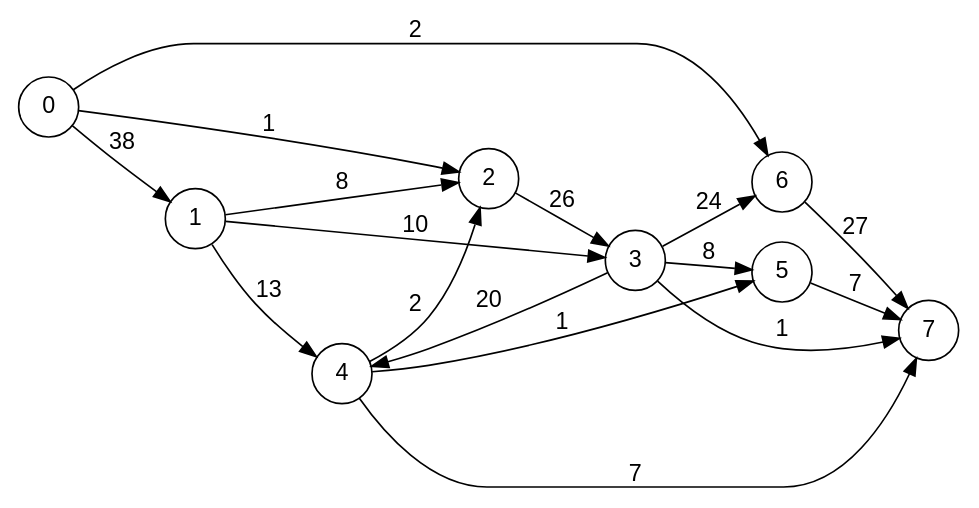
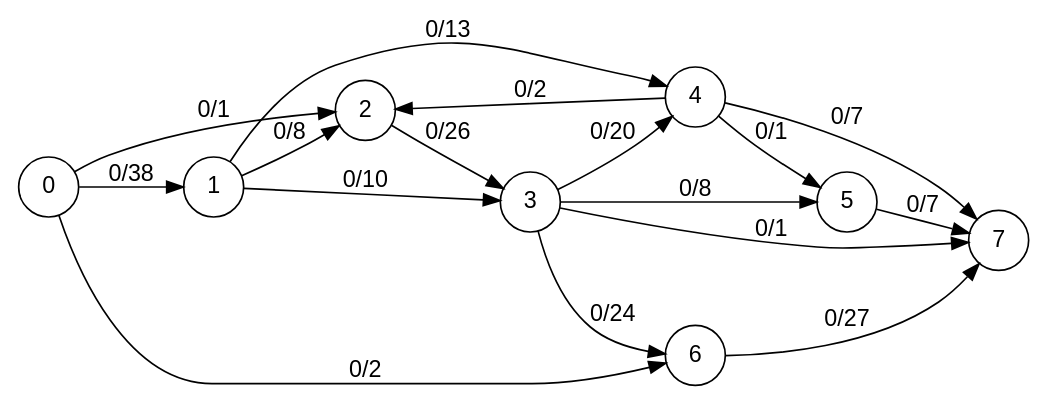
One commit to mateobwe/ocaml-maxflow-project changed the diagram in graph.dot. Above: the diagram before and after it, drawn with Graphviz. The commit also changed 7 other files, not shown here.

```diff
--- a/graph.dot
+++ b/graph.dot
@@ -1,23 +1,23 @@
 digraph finite_state_machine {
   fontname="Helvetica,Arial,sans-serif"
   node [fontname="Helvetica,Arial,sans-serif"]
   edge [fontname="Helvetica,Arial,sans-serif"]
   rankdir=LR;
   node [shape = circle];
-  4 -> 2 [ label = "2" ];
-  4 -> 7 [ label = "7" ];
-  4 -> 5 [ label = "1" ];
-  0 -> 6 [ label = "2" ];
-  0 -> 1 [ label = "38" ];
-  0 -> 2 [ label = "1" ];
-  3 -> 6 [ label = "24" ];
-  3 -> 7 [ label = "1" ];
-  3 -> 4 [ label = "20" ];
-  3 -> 5 [ label = "8" ];
-  6 -> 7 [ label = "27" ];
-  5 -> 7 [ label = "7" ];
-  1 -> 2 [ label = "8" ];
-  1 -> 3 [ label = "10" ];
-  1 -> 4 [ label = "13" ];
-  2 -> 3 [ label = "26" ];
+  2 -> 3 [ label = "0/26" ];
+  1 -> 4 [ label = "0/13" ];
+  1 -> 3 [ label = "0/10" ];
+  1 -> 2 [ label = "0/8" ];
+  5 -> 7 [ label = "0/7" ];
+  6 -> 7 [ label = "0/27" ];
+  3 -> 5 [ label = "0/8" ];
+  3 -> 4 [ label = "0/20" ];
+  3 -> 7 [ label = "0/1" ];
+  3 -> 6 [ label = "0/24" ];
+  0 -> 2 [ label = "0/1" ];
+  0 -> 1 [ label = "0/38" ];
+  0 -> 6 [ label = "0/2" ];
+  4 -> 5 [ label = "0/1" ];
+  4 -> 7 [ label = "0/7" ];
+  4 -> 2 [ label = "0/2" ];
 }
```
